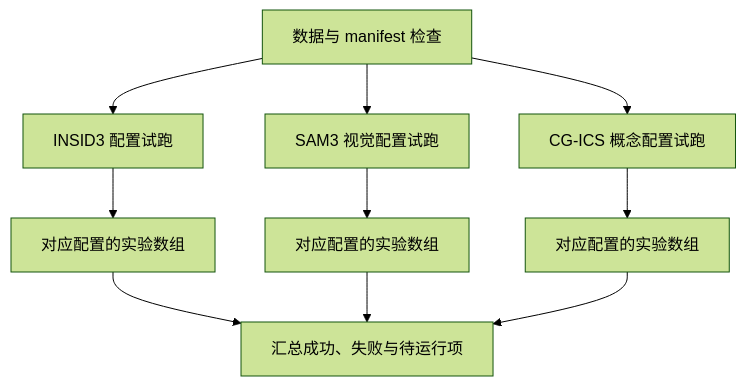
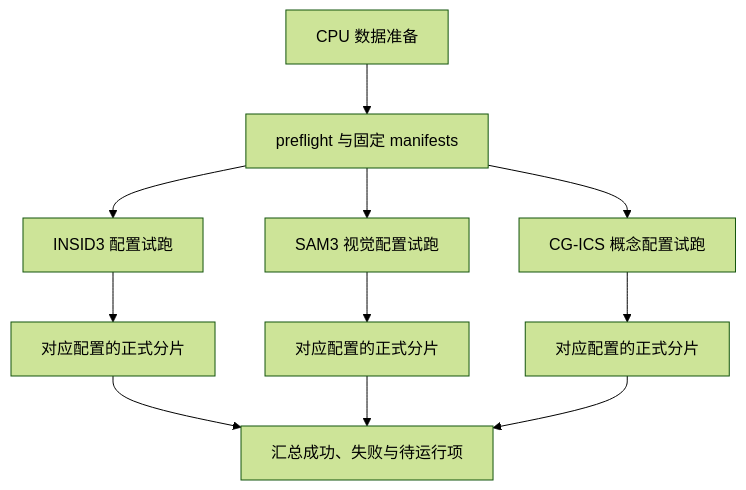
The diagram in docs/PARALLEL_RUNS.md (AvianHan/CE6190-Visual-Understanding), drawn with Mermaid (forest theme) before and after one commit. The commit also changed other lines of this file and 10 other files, not shown here.

````diff
--- a/docs/PARALLEL_RUNS.md
+++ b/docs/PARALLEL_RUNS.md
@@ -19,12 +68,13 @@
 ```mermaid
 flowchart TD
-    P["数据与 manifest 检查"] --> SI["INSID3 配置试跑"]
+    D["CPU 数据准备"] --> P["preflight 与固定 manifests"]
+    P --> SI["INSID3 配置试跑"]
     P --> SV["SAM3 视觉配置试跑"]
     P --> SC["CG-ICS 概念配置试跑"]
-    SI --> EI["对应配置的实验数组"]
-    SV --> EV["对应配置的实验数组"]
-    SC --> EC["对应配置的实验数组"]
+    SI --> EI["对应配置的正式分片"]
+    SV --> EV["对应配置的正式分片"]
+    SC --> EC["对应配置的正式分片"]
     EI --> A["汇总成功、失败与待运行项"]
     EV --> A
     EC --> A
 ```
````
